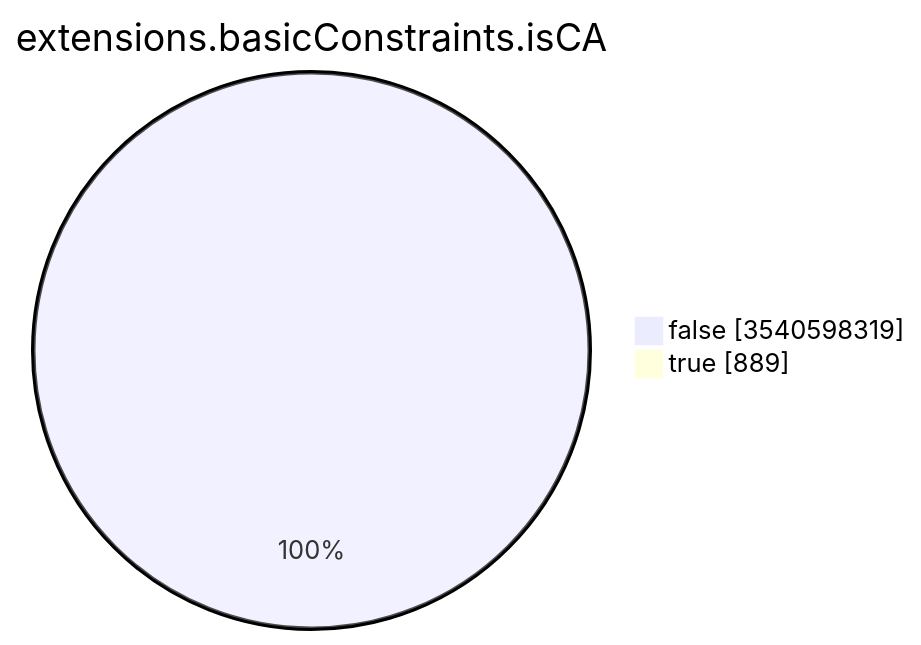
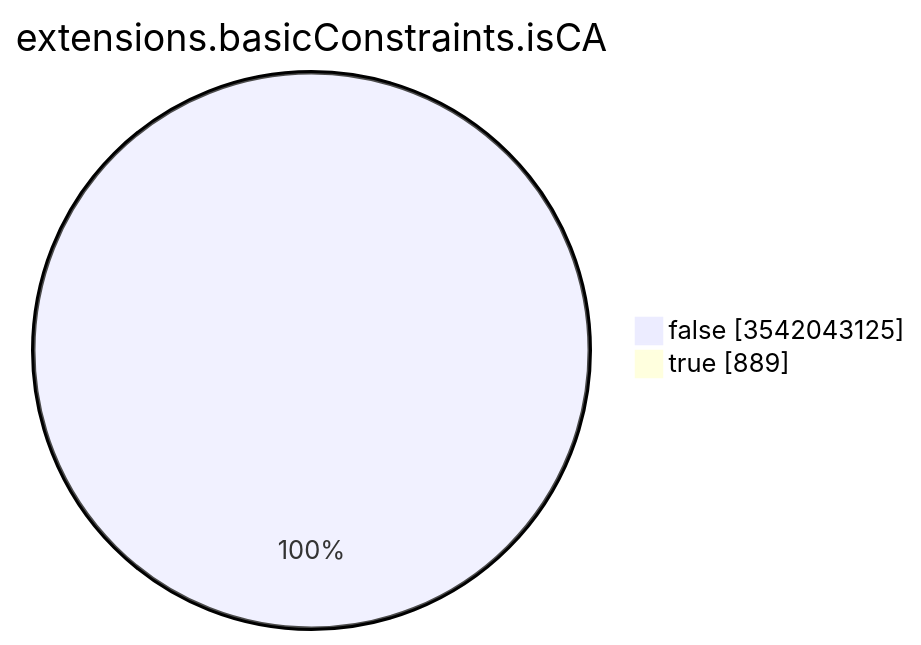
Before and after one commit to christiankrug/ctmonitor_visualization: the seventh of 15 diagrams in TOTAL/README.md, drawn with Mermaid. The commit also changed other lines of this file, not shown here.

````diff
--- a/TOTAL/README.md
+++ b/TOTAL/README.md
@@ -3094,6 +3094,6 @@
 ```mermaid
 pie showData
 title extensions.basicConstraints.isCA
-"false" :3540598319
+"false" :3542043125
 "true" :889
 ```
````
